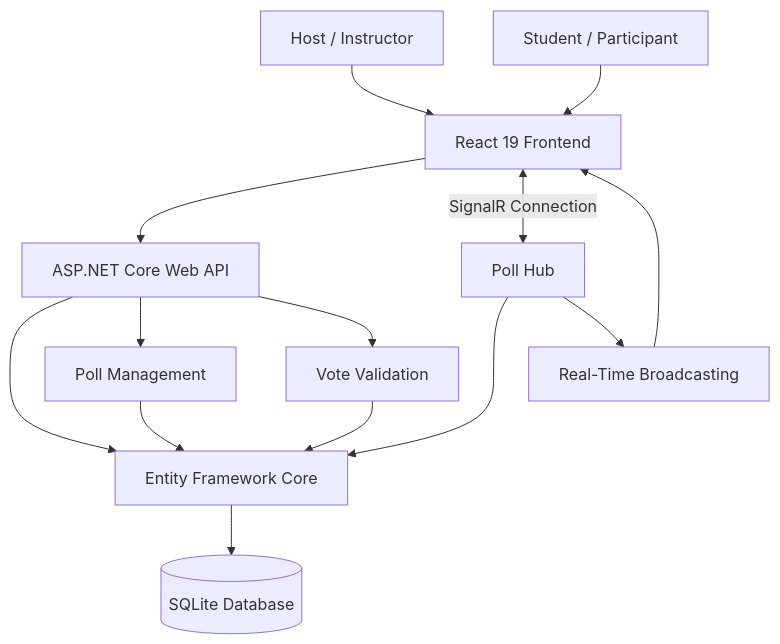
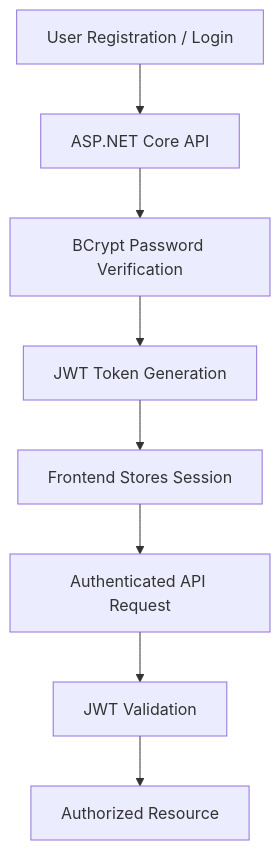
The third of 3 diagrams in README.md (iamSunnyrohit/PollingApp), drawn with Mermaid before and after one commit. The commit also changed other lines of this file and 42 other files, not shown here.

````diff
--- a/README.md
+++ b/README.md
@@ -85,22 +196,10 @@
 ```mermaid
 flowchart TD
-    A["Host / Instructor"] --> C["React 19 Frontend"]
-    B["Student / Participant"] --> C
-
-    C --> D["ASP.NET Core Web API"]
-
-    C <-->|"SignalR Connection"| E["Poll Hub"]
-
-    D --> F["Entity Framework Core"]
-    E --> F
-
-    F --> G[("SQLite Database")]
-
-    D --> H["Poll Management"]
-    D --> I["Vote Validation"]
-    E --> J["Real-Time Broadcasting"]
-
-    H --> F
-    I --> F
-    J --> C
+    A["User Registration / Login"] --> B["ASP.NET Core API"]
+    B --> C["BCrypt Password Verification"]
+    C --> D["JWT Token Generation"]
+    D --> E["Frontend Stores Session"]
+    E --> F["Authenticated API Request"]
+    F --> G["JWT Validation"]
+    G --> H["Authorized Resource"]
 ```
````
